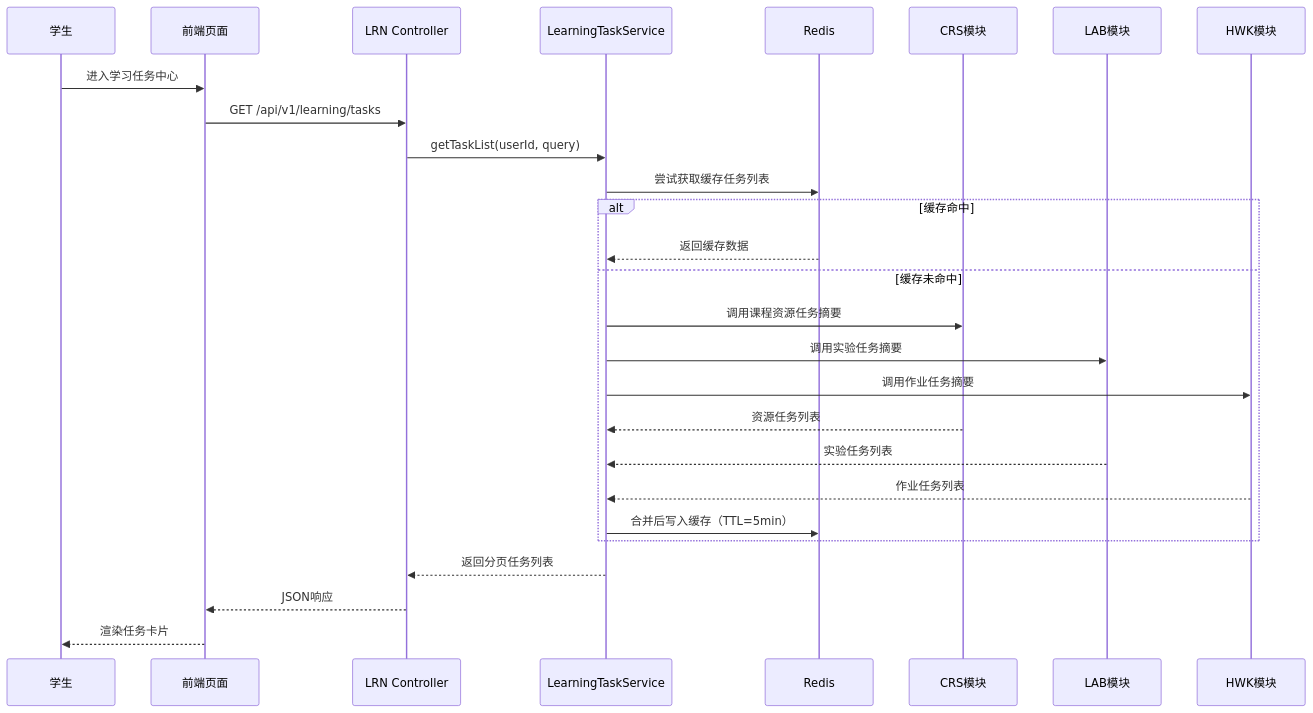
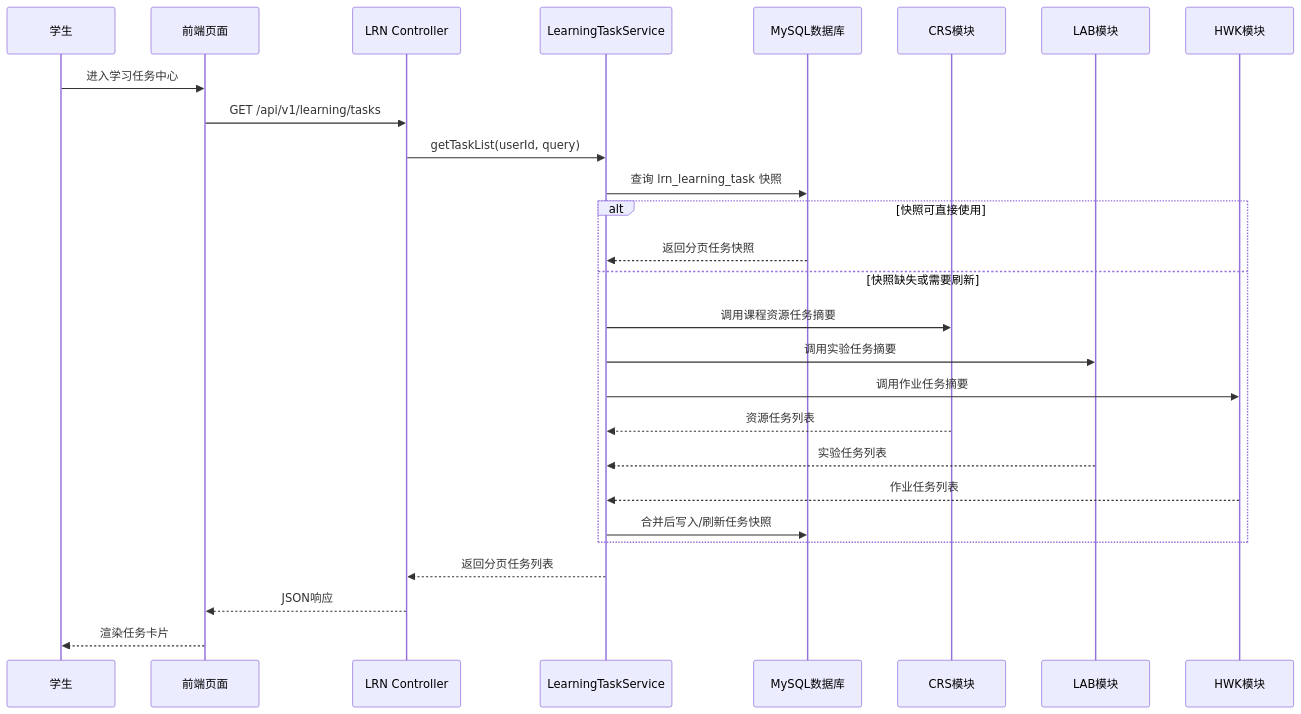
One commit to Cr4zyorange/OnlineJudge changed diagram 22 of 50 in docs/最终提交/软件详细设计说明书.md. Above: the diagram before and after it, drawn with Mermaid. The commit also changed other lines of this file and 12 other files, not shown here.

````diff
--- a/docs/最终提交/软件详细设计说明书.md
+++ b/docs/最终提交/软件详细设计说明书.md
@@ -1742,30 +2028,30 @@
 ```mermaid
 sequenceDiagram
     participant U as 学生
     participant P as 前端页面
     participant C as LRN Controller
     participant S as LearningTaskService
-    participant Cache as Redis
+    participant DB as MySQL数据库
     participant CRS as CRS模块
     participant LAB as LAB模块
     participant HWK as HWK模块
 
     U->>P: 进入学习任务中心
     P->>C: GET /api/v1/learning/tasks
     C->>S: getTaskList(userId, query)
-    S->>Cache: 尝试获取缓存任务列表
-    alt 缓存命中
-        Cache-->>S: 返回缓存数据
-    else 缓存未命中
+    S->>DB: 查询 lrn_learning_task 快照
+    alt 快照可直接使用
+        DB-->>S: 返回分页任务快照
+    else 快照缺失或需要刷新
         S->>CRS: 调用课程资源任务摘要
         S->>LAB: 调用实验任务摘要
         S->>HWK: 调用作业任务摘要
         CRS-->>S: 资源任务列表
         LAB-->>S: 实验任务列表
         HWK-->>S: 作业任务列表
-        S->>Cache: 合并后写入缓存（TTL=5min）
+        S->>DB: 合并后写入/刷新任务快照
     end
     S-->>C: 返回分页任务列表
     C-->>P: JSON响应
     P-->>U: 渲染任务卡片
 ```
````
